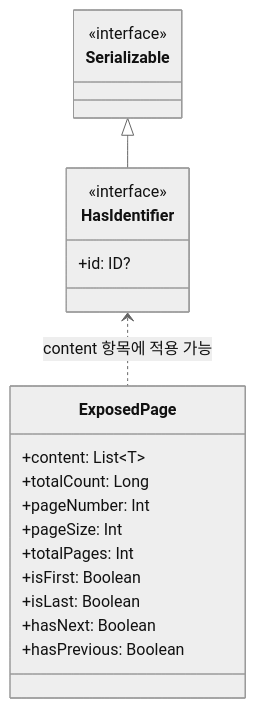
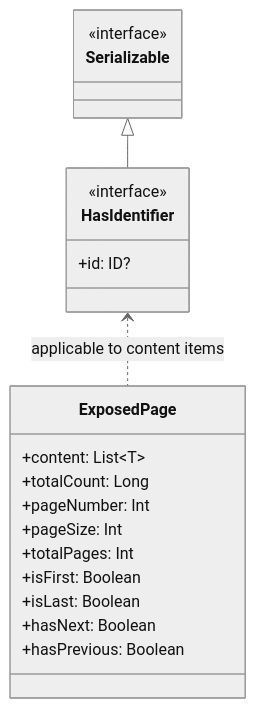
One commit to bluetape4k/bluetape4k-projects changed the fourth of 5 diagrams in data/exposed-core/README.md. Above: the diagram before and after it, drawn with Mermaid (neutral theme). The commit also changed other lines of this file and 265 other files, not shown here.

````diff
--- a/data/exposed-core/README.md
+++ b/data/exposed-core/README.md
@@ -336,24 +338,24 @@
 ```mermaid
 classDiagram
     class HasIdentifier {
         <<interface>>
         +id: ID?
     }
     class ExposedPage {
         +content: List~T~
         +totalCount: Long
         +pageNumber: Int
         +pageSize: Int
         +totalPages: Int
         +isFirst: Boolean
         +isLast: Boolean
         +hasNext: Boolean
         +hasPrevious: Boolean
     }
     class Serializable {
         <<interface>>
     }
 
 Serializable <|-- HasIdentifier
-HasIdentifier <.. ExposedPage: content 항목에 적용 가능
+HasIdentifier <.. ExposedPage: applicable to content items
 ```
````
